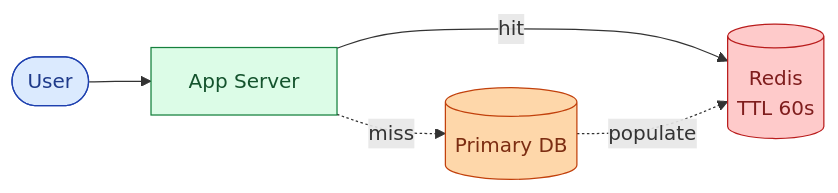
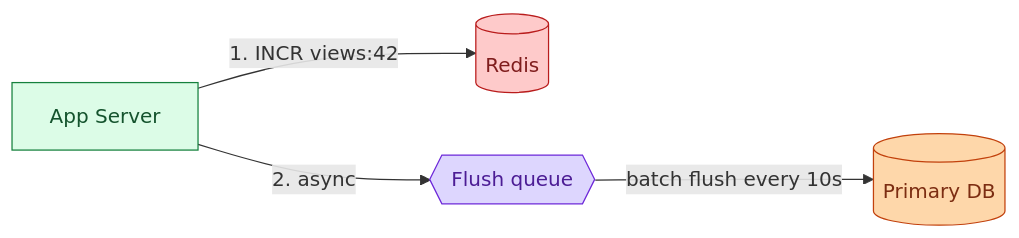
Before and after one commit to shiningflash/system-design: the fourth of 13 diagrams in problems/017-read-heavy-patterns/question.md, drawn with Mermaid. The commit also changed other lines of this file and 37 other files, not shown here.

````diff
--- a/problems/017-read-heavy-patterns/question.md
+++ b/problems/017-read-heavy-patterns/question.md
@@ -136,12 +105,11 @@
 ```mermaid
 flowchart LR
-    U([User]):::user --> App["App Server"]:::app
-    App -->|hit| Redis[("Redis<br/>TTL 60s")]:::cache
-    App -.miss.-> DB[("Primary DB")]:::db
-    DB -.populate.-> Redis
+    App["App Server"]:::app -->|"1. INCR views:42"| Redis[("Redis")]:::cache
+    App -->|"2. async"| Q{{"Flush queue"}}:::queue
+    Q -->|"batch flush every 10s"| DB[("Primary DB")]:::db
 
-    classDef user fill:#dbeafe,stroke:#1e40af,color:#1e3a8a
     classDef app fill:#dcfce7,stroke:#15803d,color:#14532d
     classDef cache fill:#fecaca,stroke:#b91c1c,color:#7f1d1d
+    classDef queue fill:#ddd6fe,stroke:#6d28d9,color:#4c1d95
     classDef db fill:#fed7aa,stroke:#c2410c,color:#7c2d12
 ```
````
